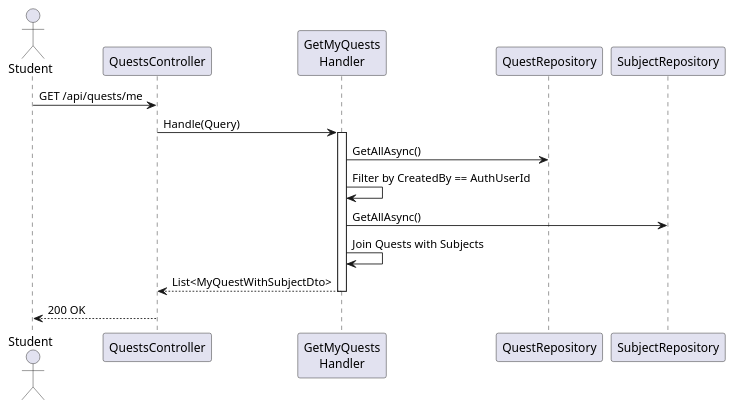
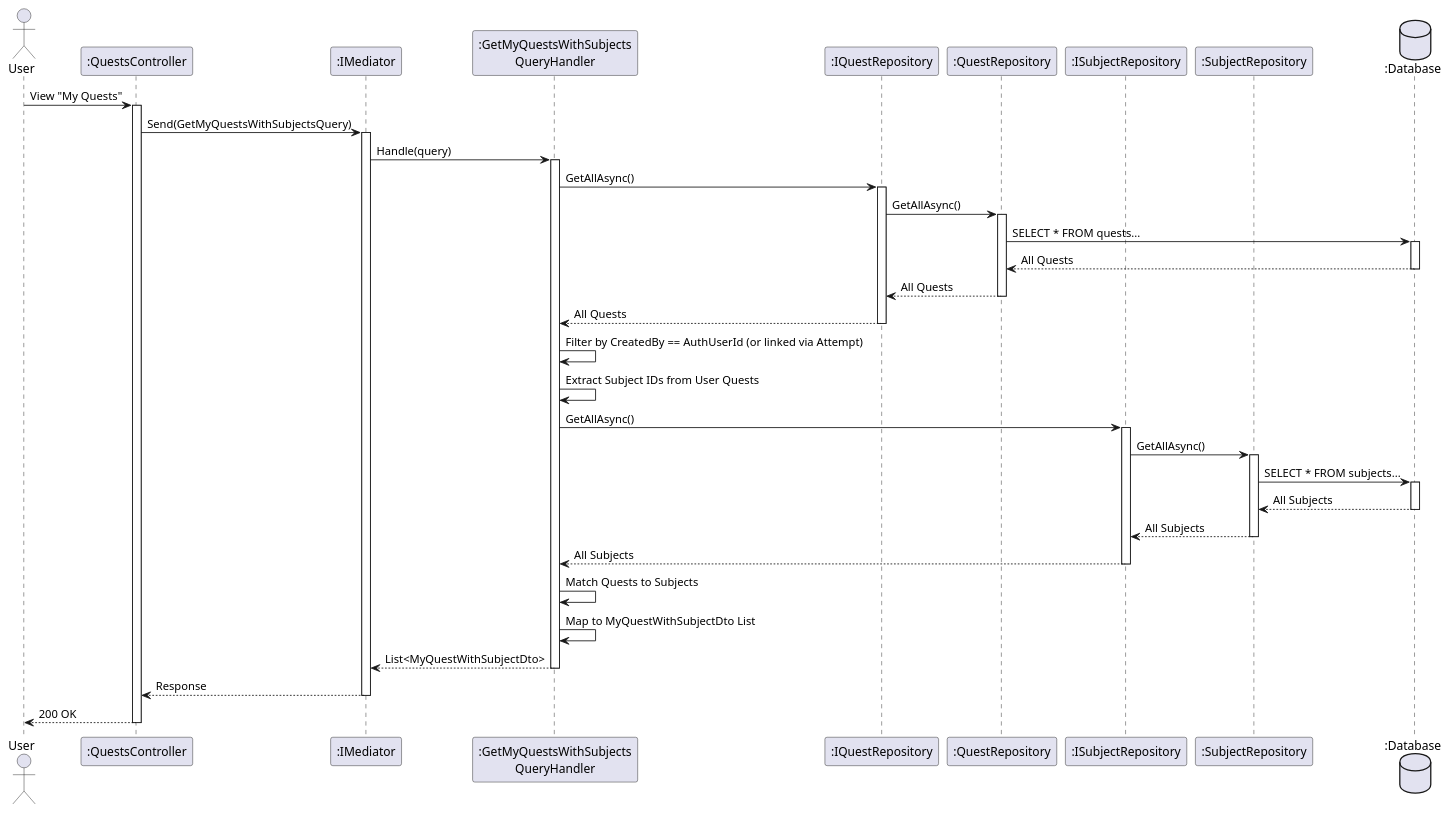
One commit to FA25SE050-RogueLearn/RogueLearn.BMAD.Documentation changed the diagram in docs/srs/diagrams/sequence-diagram/quest-learning/get-my-quests-seq.puml. Above: the diagram before and after it, drawn with PlantUML. The commit also changed other lines of this file and 35 other files, not shown here.

Commit message:
add/change: sequence diagrams

```diff
--- a/docs/srs/diagrams/sequence-diagram/quest-learning/get-my-quests-seq.puml
+++ b/docs/srs/diagrams/sequence-diagram/quest-learning/get-my-quests-seq.puml
@@ -2,22 +1,64 @@
 @startuml
-actor Student
-participant "QuestsController" as Controller
-participant "GetMyQuests\nHandler" as Handler
-participant "QuestRepository" as Q_Repo
-participant "SubjectRepository" as S_Repo
+actor User
+participant ":QuestsController" as Controller
+participant ":IMediator" as Med
+participant ":GetMyQuestsWithSubjects\nQueryHandler" as Handler
+participant ":IQuestRepository" as IQuestRepo
+participant ":QuestRepository" as QuestRepo
+participant ":ISubjectRepository" as ISubjectRepo
+participant ":SubjectRepository" as SubjectRepo
+database ":Database" as DB
 
-Student -> Controller : GET /api/quests/me
-Controller -> Handler : Handle(Query)
+User -> Controller : View "My Quests"
+activate Controller
 
+Controller -> Med : Send(GetMyQuestsWithSubjectsQuery)
+activate Med
+
+Med -> Handler : Handle(query)
 activate Handler
-    Handler -> Q_Repo : GetAllAsync()
-    Handler -> Handler : Filter by CreatedBy == AuthUserId
-    
-    Handler -> S_Repo : GetAllAsync()
-    Handler -> Handler : Join Quests with Subjects
-    
-    Handler --> Controller : List<MyQuestWithSubjectDto>
+
+' 1. Fetch User Quests
+Handler -> IQuestRepo : GetAllAsync()
+activate IQuestRepo
+IQuestRepo -> QuestRepo : GetAllAsync()
+activate QuestRepo
+QuestRepo -> DB : SELECT * FROM quests...
+activate DB
+DB --> QuestRepo : All Quests
+deactivate DB
+QuestRepo --> IQuestRepo : All Quests
+deactivate QuestRepo
+IQuestRepo --> Handler : All Quests
+deactivate IQuestRepo
+
+Handler -> Handler : Filter by CreatedBy == AuthUserId (or linked via Attempt)
+
+' 2. Fetch Subjects
+Handler -> Handler : Extract Subject IDs from User Quests
+Handler -> ISubjectRepo : GetAllAsync()
+activate ISubjectRepo
+ISubjectRepo -> SubjectRepo : GetAllAsync()
+activate SubjectRepo
+SubjectRepo -> DB : SELECT * FROM subjects...
+activate DB
+DB --> SubjectRepo : All Subjects
+deactivate DB
+SubjectRepo --> ISubjectRepo : All Subjects
+deactivate SubjectRepo
+ISubjectRepo --> Handler : All Subjects
+deactivate ISubjectRepo
+
+' 3. Join & Map
+Handler -> Handler : Match Quests to Subjects
+Handler -> Handler : Map to MyQuestWithSubjectDto List
+
+Handler --> Med : List<MyQuestWithSubjectDto>
 deactivate Handler
 
-Controller --> Student : 200 OK
+Med --> Controller : Response
+deactivate Med
+
+Controller --> User : 200 OK
+deactivate Controller
 @enduml
```
